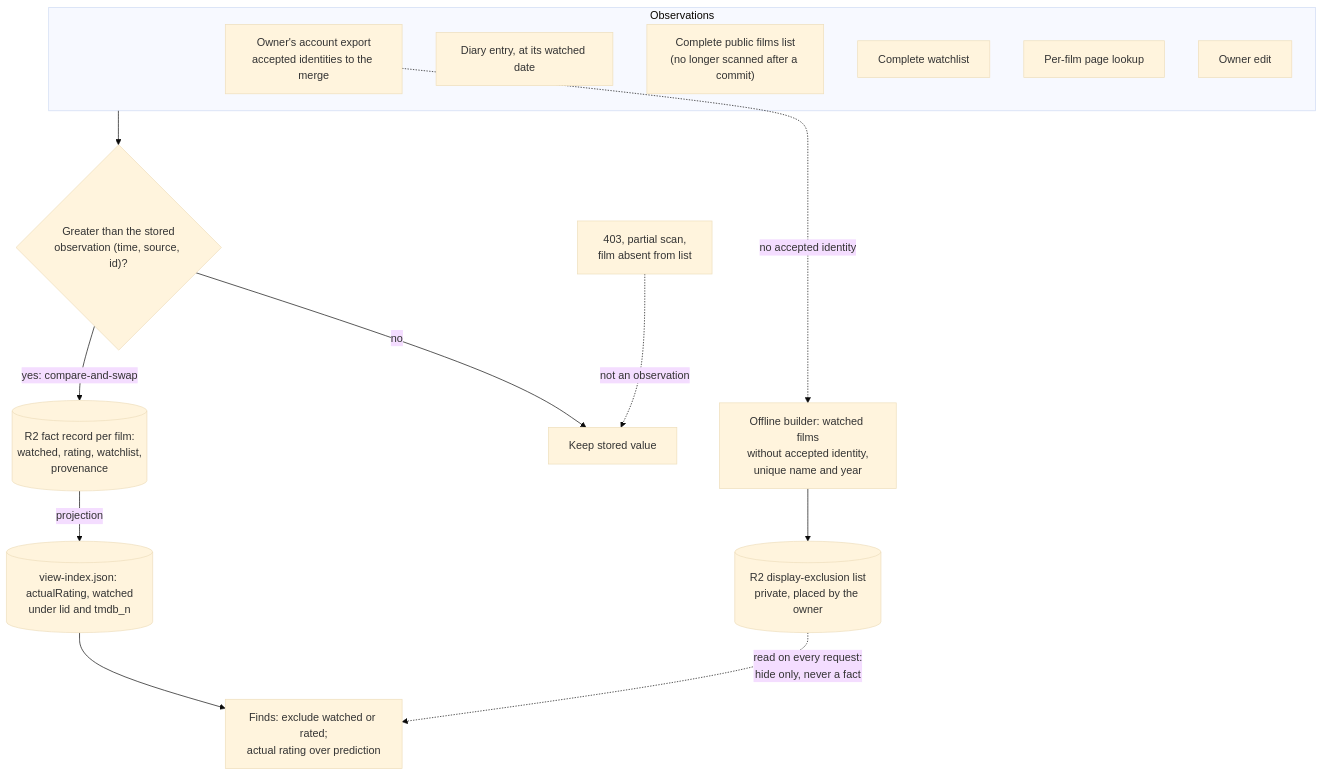
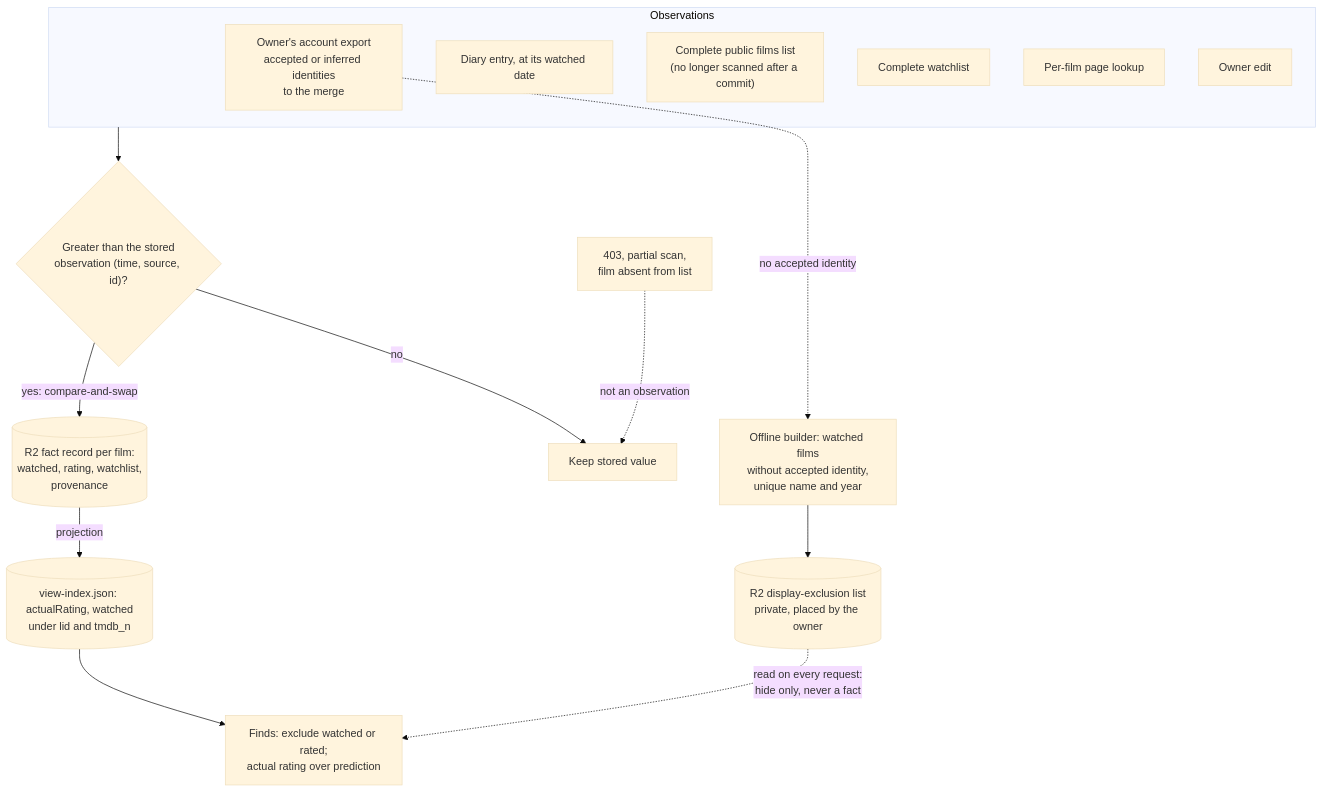
One commit to vladimino/iptv-watchlist changed the second of 4 diagrams in docs/architecture/letterboxd-ingestion.md. Above: the diagram before and after it, drawn with Mermaid (base theme). The commit also changed other lines of this file and 10 other files, not shown here.

````diff
--- a/docs/architecture/letterboxd-ingestion.md
+++ b/docs/architecture/letterboxd-ingestion.md
@@ -40,28 +40,28 @@
 ```mermaid
 flowchart TD
     subgraph sources["Observations"]
-        export["Owner's account export<br/>accepted identities to the merge"]
+        export["Owner's account export<br/>accepted or inferred identities<br/>to the merge"]
         diary["Diary entry, at its watched date"]
         films["Complete public films list<br/>(no longer scanned after a commit)"]
         watchlist["Complete watchlist"]
         page["Per-film page lookup"]
         owner["Owner edit"]
     end
     gaps["403, partial scan,<br/>film absent from list"]
     merge{"Greater than the stored<br/>observation (time, source, id)?"}
     facts[("R2 fact record per film:<br/>watched, rating, watchlist,<br/>provenance")]
     keep["Keep stored value"]
     index[("view-index.json: actualRating, watched<br/>under lid and tmdb_n")]
     finds["Finds: exclude watched or rated;<br/>actual rating over prediction"]
     builder["Offline builder: watched films<br/>without accepted identity,<br/>unique name and year"]
     list[("R2 display-exclusion list<br/>private, placed by the owner")]
     sources --> merge
     merge -->|yes: compare-and-swap| facts
     merge -->|no| keep
     gaps -.->|not an observation| keep
     facts -->|projection| index
     index --> finds
     export -.->|no accepted identity| builder
     builder --> list
     list -.->|"read on every request:<br/>hide only, never a fact"| finds
 ```
````
